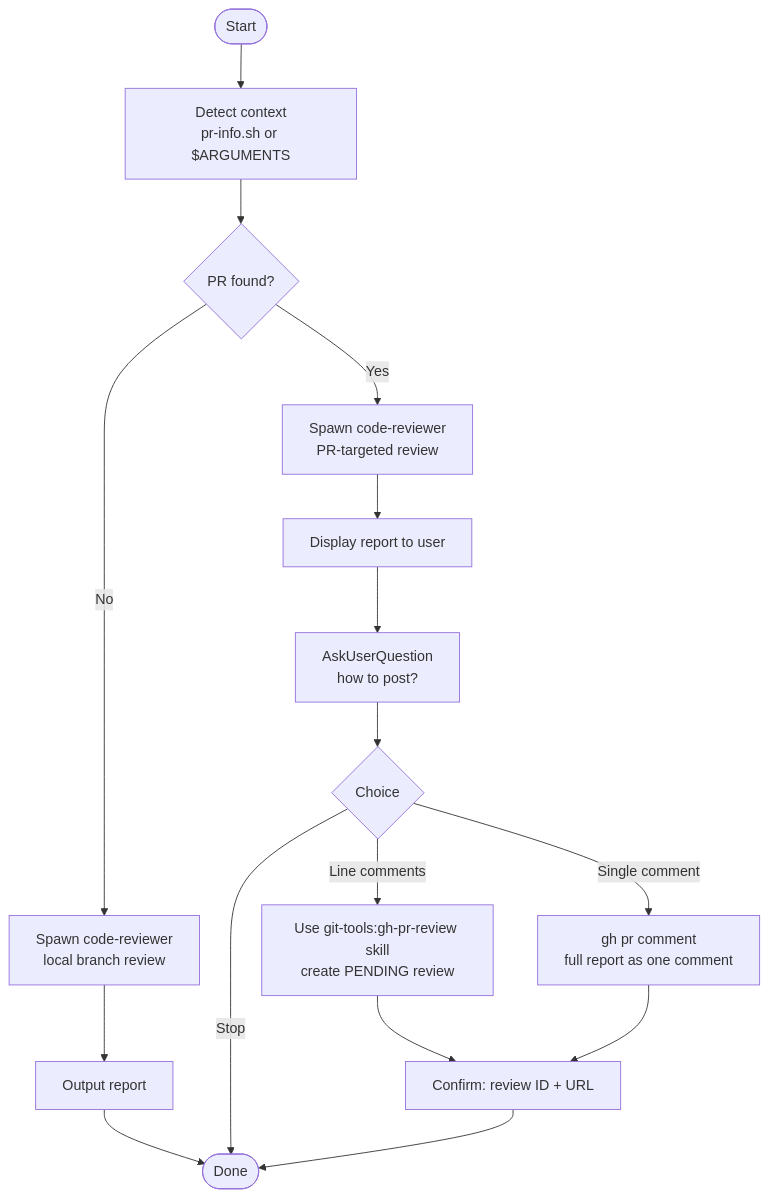
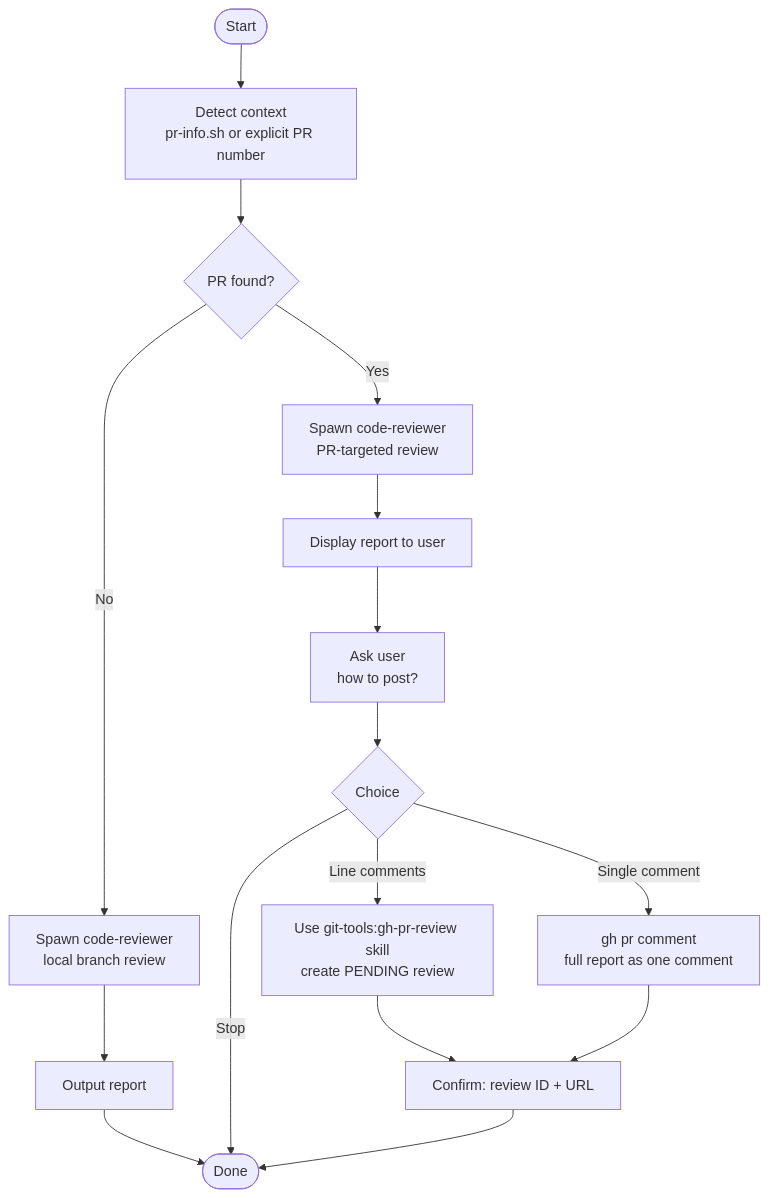
Before and after one commit to nilpath/nilpath-marketplace: the diagram in dist/claude/plugins/engineering-workflow/skills/performing-code-review/SKILL.md, drawn with Mermaid. The commit also changed other lines of this file and 52 other files, not shown here.

````diff
--- a/dist/claude/plugins/engineering-workflow/skills/performing-code-review/SKILL.md
+++ b/dist/claude/plugins/engineering-workflow/skills/performing-code-review/SKILL.md
@@ -21,18 +21,18 @@
 ```mermaid
 flowchart TD
-    A([Start]) --> D[Detect context\npr-info.sh or $ARGUMENTS]
+    A([Start]) --> D[Detect context\npr-info.sh or explicit PR number]
     D --> E{PR found?}
     E -- No --> R[Spawn code-reviewer\nlocal branch review]
     E -- Yes --> R2[Spawn code-reviewer\nPR-targeted review]
     R --> OUT[Output report]
     OUT --> Z([Done])
     R2 --> SHOW[Display report to user]
-    SHOW --> Q[AskUserQuestion\nhow to post?]
+    SHOW --> Q[Ask user\nhow to post?]
     Q --> L{Choice}
     L -- Line comments --> GH[Use git-tools:gh-pr-review skill\ncreate PENDING review]
     L -- Single comment --> SC[gh pr comment\nfull report as one comment]
     L -- Stop --> Z
     GH --> CONFIRM[Confirm: review ID + URL]
     SC --> CONFIRM
     CONFIRM --> Z
 ```
````
